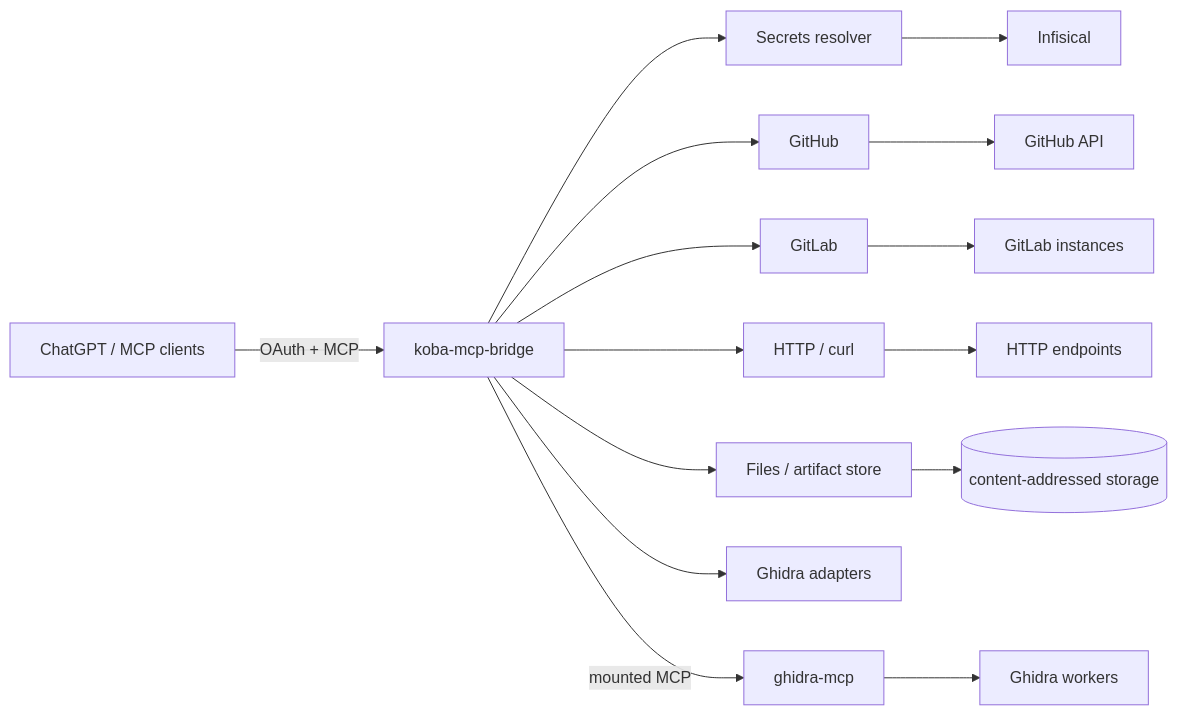
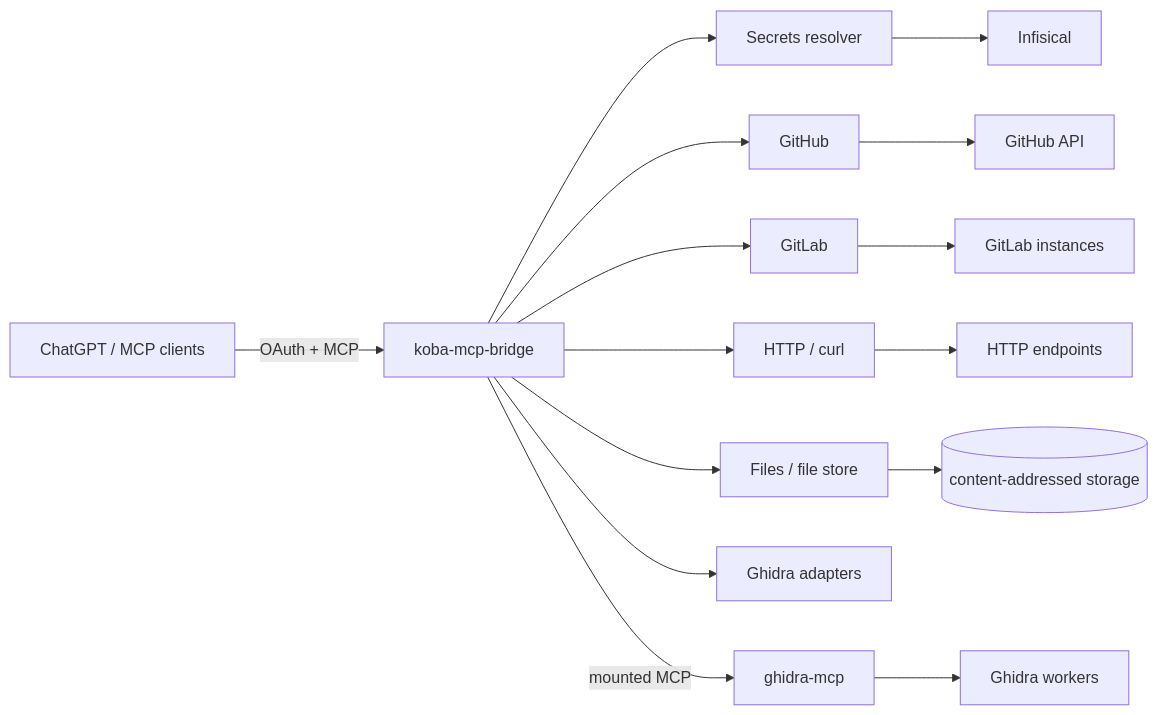
Before and after one commit to ArthurKoba/koba-mcp-bridge: the first of 2 diagrams in docs/architecture/overview.md, drawn with Mermaid. The commit also changed other lines of this file, not shown here.

````diff
--- a/docs/architecture/overview.md
+++ b/docs/architecture/overview.md
@@ -16,20 +16,20 @@
 ```mermaid
 flowchart LR
     C[ChatGPT / MCP clients] -->|OAuth + MCP| B[koba-mcp-bridge]
 
     B --> S[Secrets resolver]
     S --> I[Infisical]
 
     B --> GH[GitHub]
     B --> GL[GitLab]
     B --> HTTP[HTTP / curl]
-    B --> F[Files / artifact store]
+    B --> F[Files / file store]
     B --> GA[Ghidra adapters]
     B -->|mounted MCP| GM[ghidra-mcp]
 
     GH --> GitHub[GitHub API]
     GL --> GitLab[GitLab instances]
     HTTP --> Internet[HTTP endpoints]
     F --> Store[(content-addressed storage)]
     GM --> Ghidra[Ghidra workers]
 ```
````
